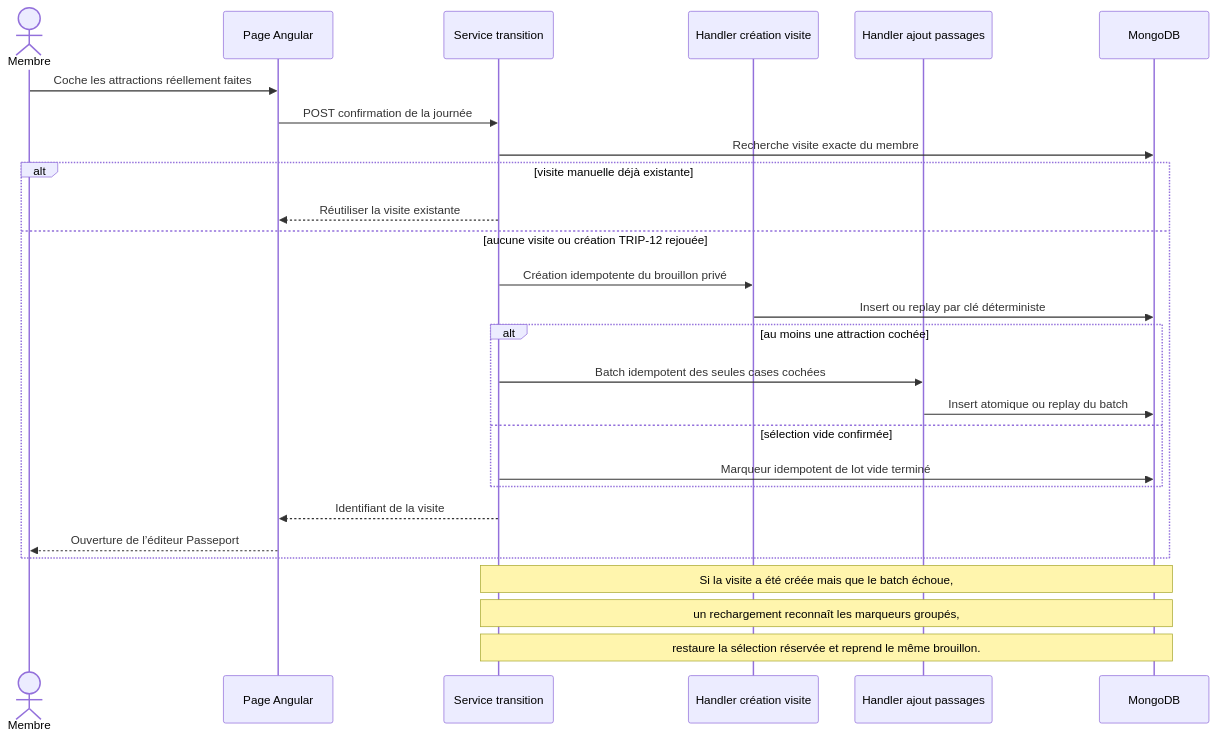
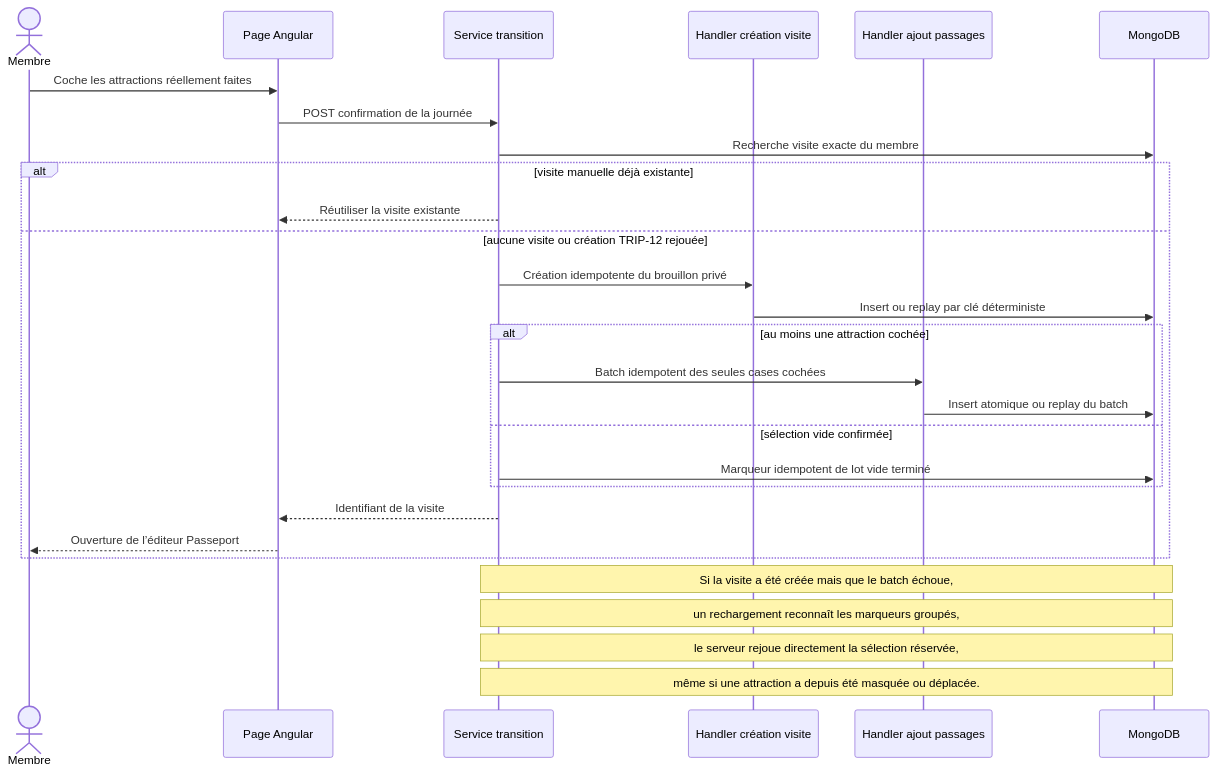
One commit to Ced59/AmusementParkProject changed the fourth of 5 diagrams in docs/architecture/product-growth-trip-12-passport-transition-2026-09-25.md. Above: the diagram before and after it, drawn with Mermaid. The commit also changed other lines of this file and 7 other files, not shown here.

````diff
--- a/docs/architecture/product-growth-trip-12-passport-transition-2026-09-25.md
+++ b/docs/architecture/product-growth-trip-12-passport-transition-2026-09-25.md
@@ -194,31 +198,32 @@
 ```mermaid
 sequenceDiagram
     actor M as Membre
     participant UI as Page Angular
     participant APP as Service transition
     participant VISIT as Handler création visite
     participant RIDE as Handler ajout passages
     participant DB as MongoDB
 
     M->>UI: Coche les attractions réellement faites
     UI->>APP: POST confirmation de la journée
     APP->>DB: Recherche visite exacte du membre
     alt visite manuelle déjà existante
       APP-->>UI: Réutiliser la visite existante
     else aucune visite ou création TRIP-12 rejouée
       APP->>VISIT: Création idempotente du brouillon privé
       VISIT->>DB: Insert ou replay par clé déterministe
       alt au moins une attraction cochée
         APP->>RIDE: Batch idempotent des seules cases cochées
         RIDE->>DB: Insert atomique ou replay du batch
       else sélection vide confirmée
         APP->>DB: Marqueur idempotent de lot vide terminé
       end
       APP-->>UI: Identifiant de la visite
       UI-->>M: Ouverture de l’éditeur Passeport
     end
 
     Note over APP,DB: Si la visite a été créée mais que le batch échoue,
     Note over APP,DB: un rechargement reconnaît les marqueurs groupés,
-    Note over APP,DB: restaure la sélection réservée et reprend le même brouillon.
+    Note over APP,DB: le serveur rejoue directement la sélection réservée,
+    Note over APP,DB: même si une attraction a depuis été masquée ou déplacée.
 ```
````
